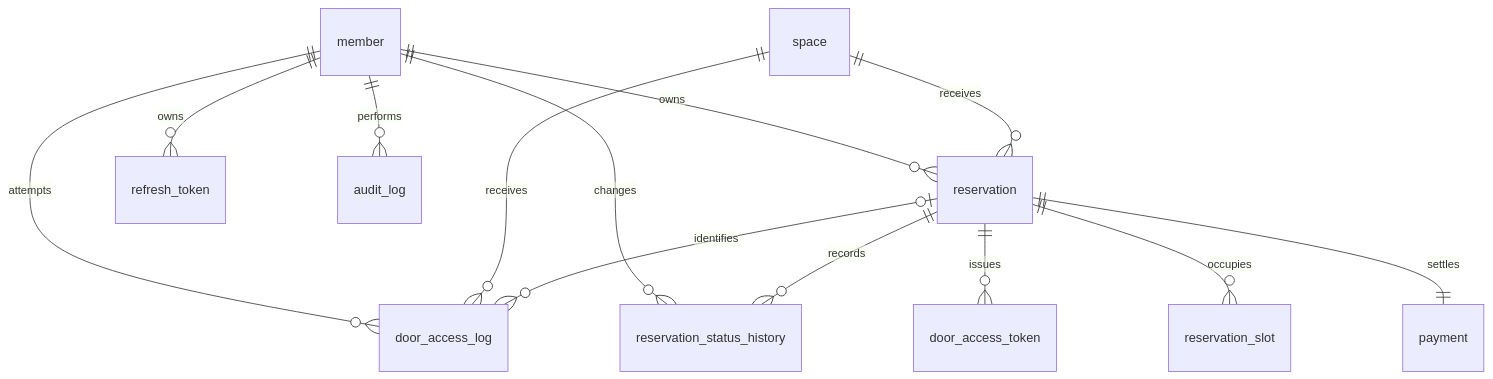
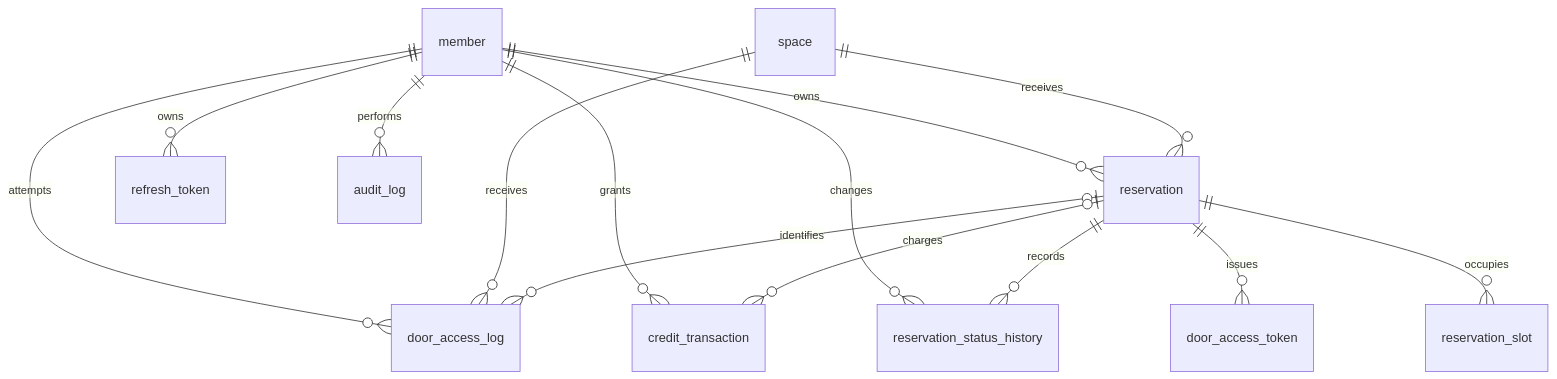
The diagram in docs/erd.md (Lemnoideae/NBE12-14-2-OVENGERS), drawn with Mermaid before and after one commit. The commit also changed other lines of this file and 15 other files, not shown here.

````diff
--- a/docs/erd.md
+++ b/docs/erd.md
@@ -39,17 +43,18 @@
 ```mermaid
 erDiagram
     member ||--o{ reservation : owns
     member ||--o{ refresh_token : owns
+    member ||--o{ credit_transaction : grants
     member ||--o{ reservation_status_history : changes
     member ||--o{ door_access_log : attempts
     member ||--o{ audit_log : performs
 
     space ||--o{ reservation : receives
     space ||--o{ door_access_log : receives
 
-    reservation ||--|| payment : settles
     reservation ||--o{ reservation_slot : occupies
     reservation ||--o{ reservation_status_history : records
     reservation ||--o{ door_access_token : issues
     reservation o|--o{ door_access_log : identifies
+    reservation o|--o{ credit_transaction : charges
 ```
````
